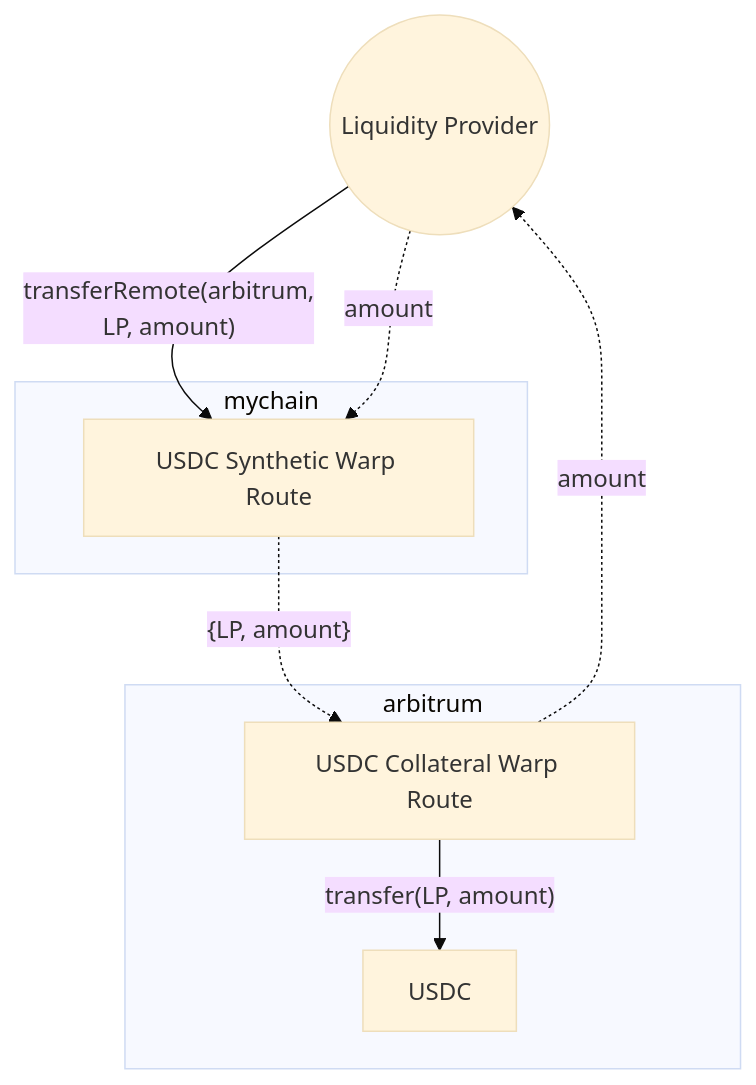
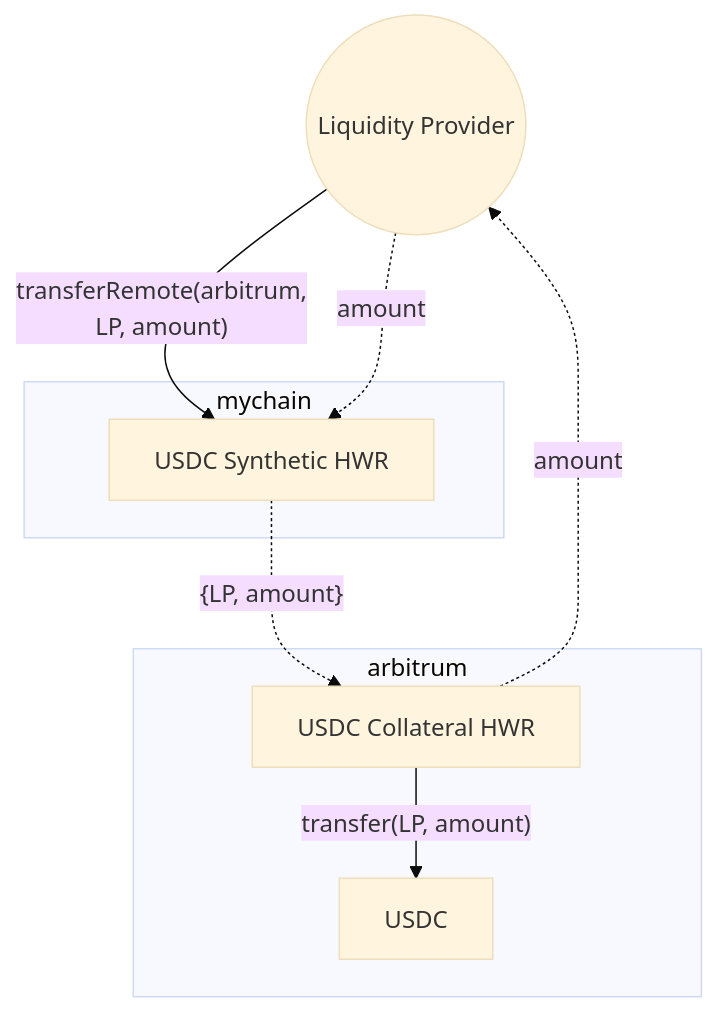
The fourth of 4 diagrams in docs/guides/warp-routes/evm/multi-collateral-warp-routes-rebalancing.mdx (hyperlane-xyz/v4-docs), drawn with Mermaid (base theme) before and after one commit. The commit also changed other lines of this file and 34 other files, not shown here.

Commit message:
chore: chnage warp routes to hyperlane warp routes (hwr)

````diff
--- a/docs/guides/warp-routes/evm/multi-collateral-warp-routes-rebalancing.mdx
+++ b/docs/guides/warp-routes/evm/multi-collateral-warp-routes-rebalancing.mdx
@@ -133,20 +133,20 @@
 ```mermaid
 flowchart
 	LP((Liquidity Provider))
 
 	subgraph arbitrum
-		AWR[USDC Collateral Warp Route]
+		AWR[USDC Collateral HWR]
 		AUSDC[USDC]
 	end
 
 	subgraph mychain
-		MWR[USDC Synthetic Warp Route]
+		MWR[USDC Synthetic HWR]
 	end
 
 	LP -- "transferRemote(arbitrum,<br>LP, amount)" --> MWR
 	LP -. "amount" .-> MWR
 
 	MWR -. "{LP, amount}" .-> AWR
 	AWR -- "transfer(LP, amount)" --> AUSDC
 	AWR -. "amount" .-> LP
 ```
````
